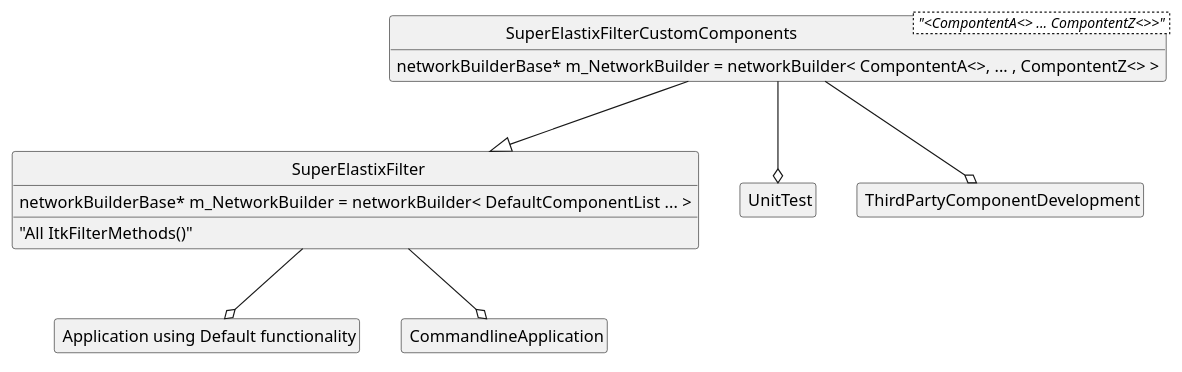
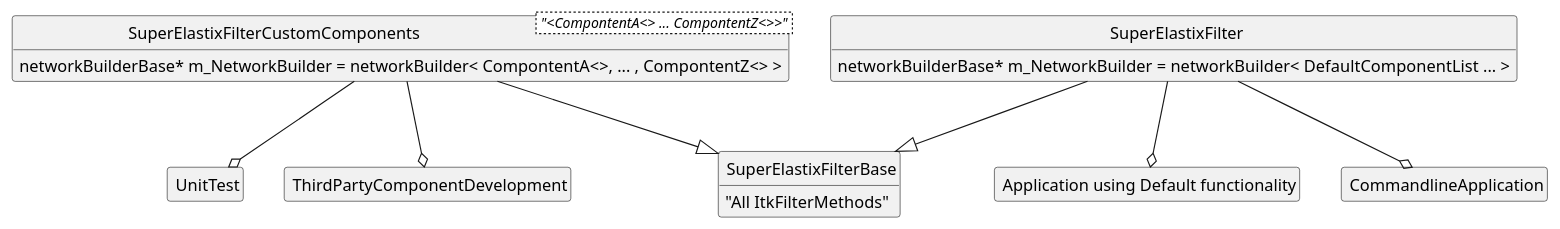
The first of 3 diagrams in source/Development.rst (SuperElastix/SuperElastix-Documentation), drawn with PlantUML before and after one commit. The commit also changed other lines of this file and 3 other files, not shown here.

```diff
--- a/source/Development.rst
+++ b/source/Development.rst
@@ -122,35 +130,40 @@
     .. uml::
     
           @startuml
           
           'style options 
           skinparam monochrome true
           skinparam circledCharacterRadius 0
           skinparam circledCharacterFontSize 0
           skinparam classAttributeIconSize 0
           hide empty members
           
           class SuperElastixFilterCustomComponents< "<CompontentA<> ... CompontentZ<>>" > {
           networkBuilderBase* m_NetworkBuilder = networkBuilder< CompontentA<>, ... , CompontentZ<> >
           }
           
+          class SuperElastixFilterBase {
+          "All ItkFilterMethods"
+          }
+		  
           class SuperElastixFilter {
           networkBuilderBase* m_NetworkBuilder = networkBuilder< DefaultComponentList ...  >
-          "All ItkFilterMethods()"
-          }
-          
+
+          }          
+		  
           class "Application using Default functionality"{
           }
           class CommandlineApplication{
           }
           class UnitTest{
           }
           class ThirdPartyComponentDevelopment{
           }
           
-          SuperElastixFilterCustomComponents --|> SuperElastixFilter
+          SuperElastixFilterCustomComponents --|> SuperElastixFilterBase
           SuperElastixFilterCustomComponents -down-o UnitTest
           SuperElastixFilterCustomComponents -down-o ThirdPartyComponentDevelopment
+		  SuperElastixFilter --|> SuperElastixFilterBase
           SuperElastixFilter -down-o CommandlineApplication
           SuperElastixFilter -down-o "Application using Default functionality"
           @enduml
```
